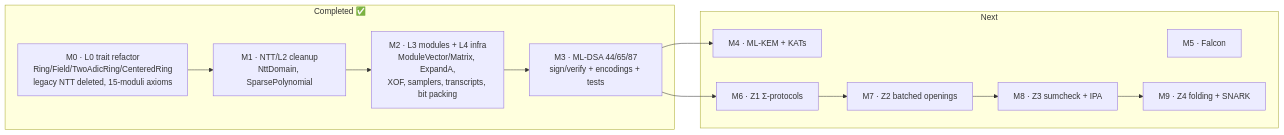
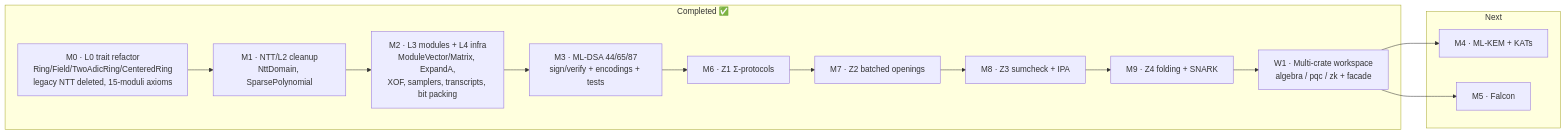
Before and after one commit to SuccinctPaul/lattice-algebra-rs: the diagram in docs/src/pages/roadmap.mdx, drawn with Mermaid. The commit also changed other lines of this file and 69 other files, not shown here.

````diff
--- a/docs/src/pages/roadmap.mdx
+++ b/docs/src/pages/roadmap.mdx
@@ -7,19 +7,22 @@
 ```mermaid
 flowchart LR
     subgraph DONE["Completed ✅"]
         M0["M0 · L0 trait refactor<br/>Ring/Field/TwoAdicRing/CenteredRing<br/>legacy NTT deleted, 15-moduli axioms"]
         M1["M1 · NTT/L2 cleanup<br/>NttDomain, SparsePolynomial"]
         M2["M2 · L3 modules + L4 infra<br/>ModuleVector/Matrix, ExpandA,<br/>XOF, samplers, transcripts, bit packing"]
         M3["M3 · ML-DSA 44/65/87<br/>sign/verify + encodings + tests"]
+        M6["M6 · Z1 Σ-protocols"]
+        M7["M7 · Z2 batched openings"]
+        M8["M8 · Z3 sumcheck + IPA"]
+        M9["M9 · Z4 folding + SNARK"]
+        W1["W1 · Multi-crate workspace<br/>algebra / pqc / zk + facade"]
     end
     subgraph NEXT["Next"]
         M4["M4 · ML-KEM + KATs"]
         M5["M5 · Falcon"]
-        M6["M6 · Z1 Σ-protocols"]
-        M7["M7 · Z2 batched openings"]
-        M8["M8 · Z3 sumcheck + IPA"]
-        M9["M9 · Z4 folding + SNARK"]
     end
-    M0 --> M1 --> M2 --> M3 --> M4
-    M3 --> M6 --> M7 --> M8 --> M9
+    M0 --> M1 --> M2 --> M3
+    M3 --> M6 --> M7 --> M8 --> M9 --> W1
+    W1 --> M4
+    W1 --> M5
 ```
````
